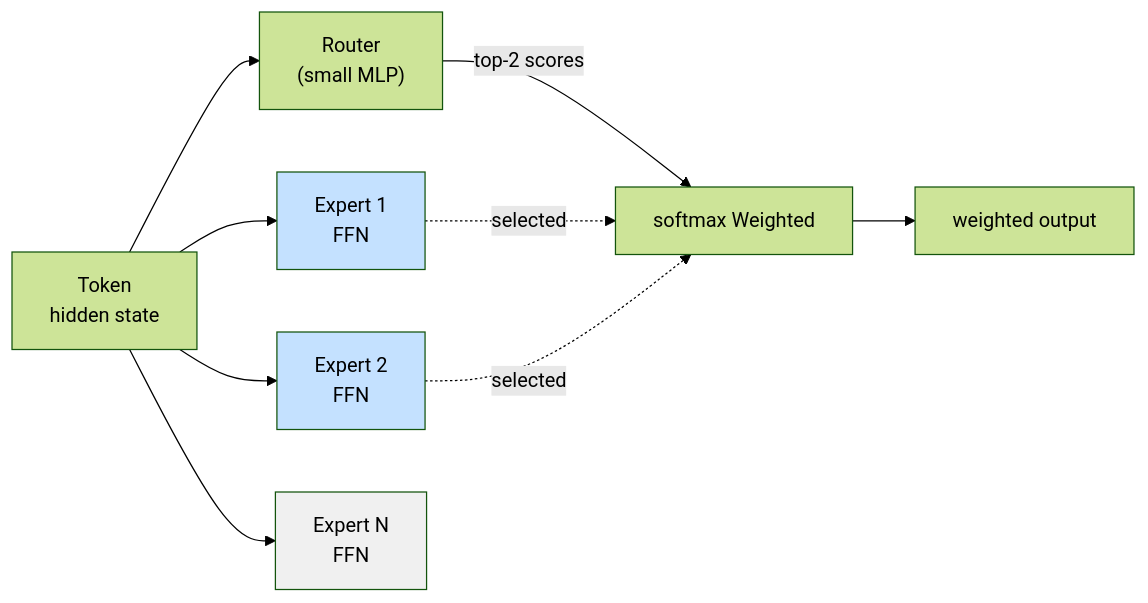
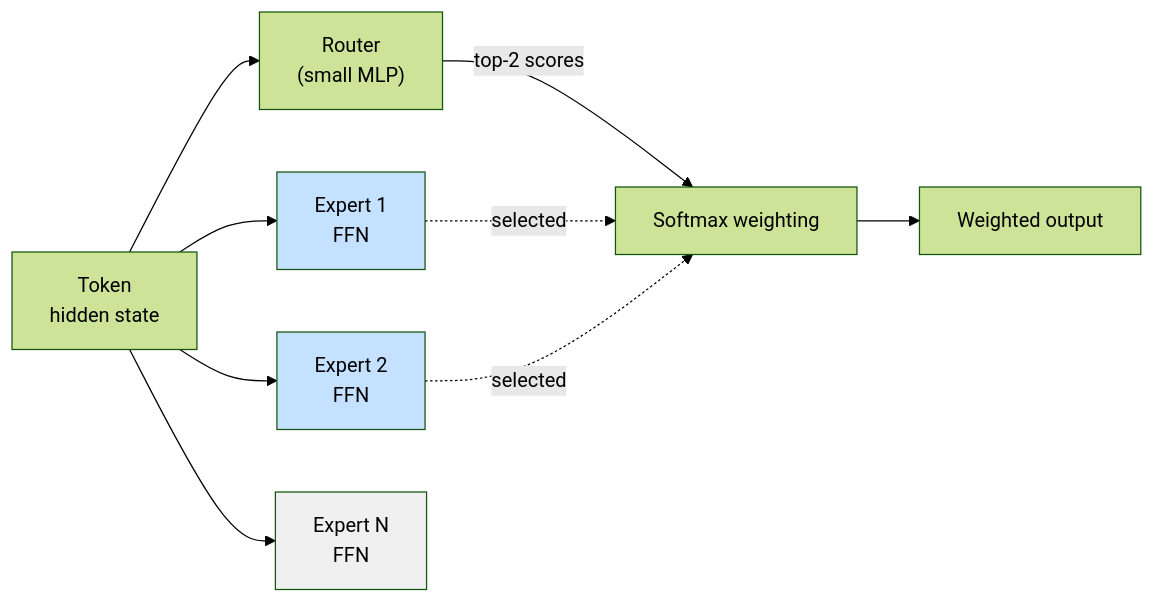
One commit to TingdeLiu/tingdeliu.github.io changed diagram 11 of 15 in _translations/en/research/Deep-Learning-Survey.md. Above: the diagram before and after it, drawn with Mermaid (forest theme). The commit also changed other lines of this file and 51 other files, not shown here.

````diff
--- a/_translations/en/research/Deep-Learning-Survey.md
+++ b/_translations/en/research/Deep-Learning-Survey.md
@@ -1699,14 +1699,14 @@
 ```mermaid
 flowchart LR
     X["Token<br/>hidden state"] --> R["Router<br/>(small MLP)"]
-    R -->|"top-2 scores"| S["softmax Weighted"]
+    R -->|"top-2 scores"| S["Softmax weighting"]
     X --> E1["Expert 1<br/>FFN"]
     X --> E2["Expert 2<br/>FFN"]
     X --> EN["Expert N<br/>FFN"]
     E1 -.->|"selected"| S
     E2 -.->|"selected"| S
-    S --> Y["weighted output"]
+    S --> Y["Weighted output"]
     style E1 fill:#c4e1ff
     style E2 fill:#c4e1ff
     style EN fill:#f0f0f0
 ```
````
